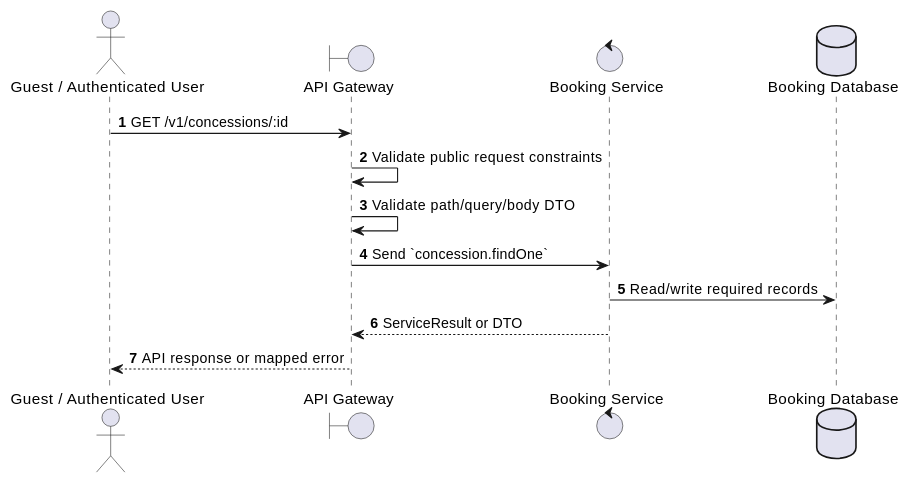
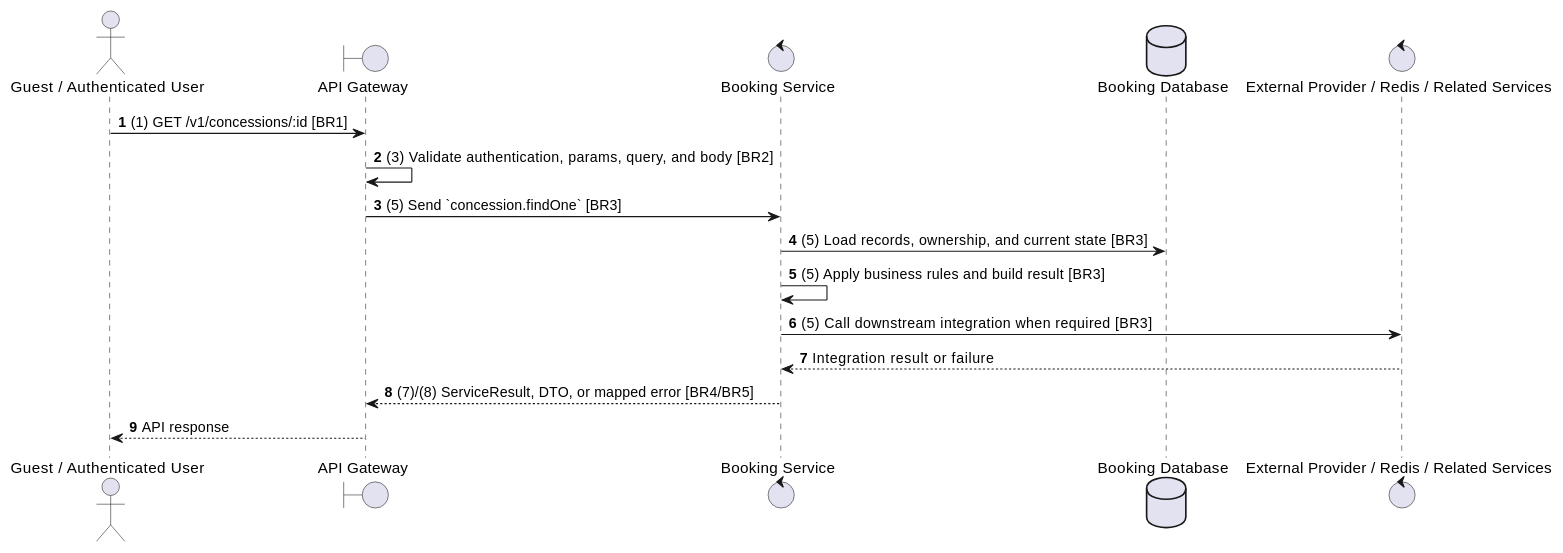
The second of 2 diagrams in docs/functional_specs/3.9_Concessions_FB_Module/CS-02_Get_Concession_Details.md (Tanh1603/movie-hub-architecture), drawn with PlantUML before and after one commit. The commit also changed other lines of this file and 129 other files, not shown here.

````diff
--- a/docs/functional_specs/3.9_Concessions_FB_Module/CS-02_Get_Concession_Details.md
+++ b/docs/functional_specs/3.9_Concessions_FB_Module/CS-02_Get_Concession_Details.md
@@ -17,17 +64,20 @@
 ```plantuml
 @startuml
 autonumber
 actor "Guest / Authenticated User" as Actor
 boundary "API Gateway" as GW
 control "Booking Service" as SVC
 database "Booking Database" as DB
+control "External Provider / Redis / Related Services" as EXT
 
-Actor -> GW: GET /v1/concessions/:id
-GW -> GW: Validate public request constraints
-GW -> GW: Validate path/query/body DTO
-GW -> SVC: Send `concession.findOne`
-SVC -> DB: Read/write required records
-SVC --> GW: ServiceResult or DTO
-GW --> Actor: API response or mapped error
+Actor -> GW: (1) GET /v1/concessions/:id [BR1]
+GW -> GW: (3) Validate authentication, params, query, and body [BR2]
+GW -> SVC: (5) Send `concession.findOne` [BR3]
+SVC -> DB: (5) Load records, ownership, and current state [BR3]
+SVC -> SVC: (5) Apply business rules and build result [BR3]
+SVC -> EXT: (5) Call downstream integration when required [BR3]
+EXT --> SVC: Integration result or failure
+SVC --> GW: (7)/(8) ServiceResult, DTO, or mapped error [BR4/BR5]
+GW --> Actor: API response
 @enduml
 ```
````
